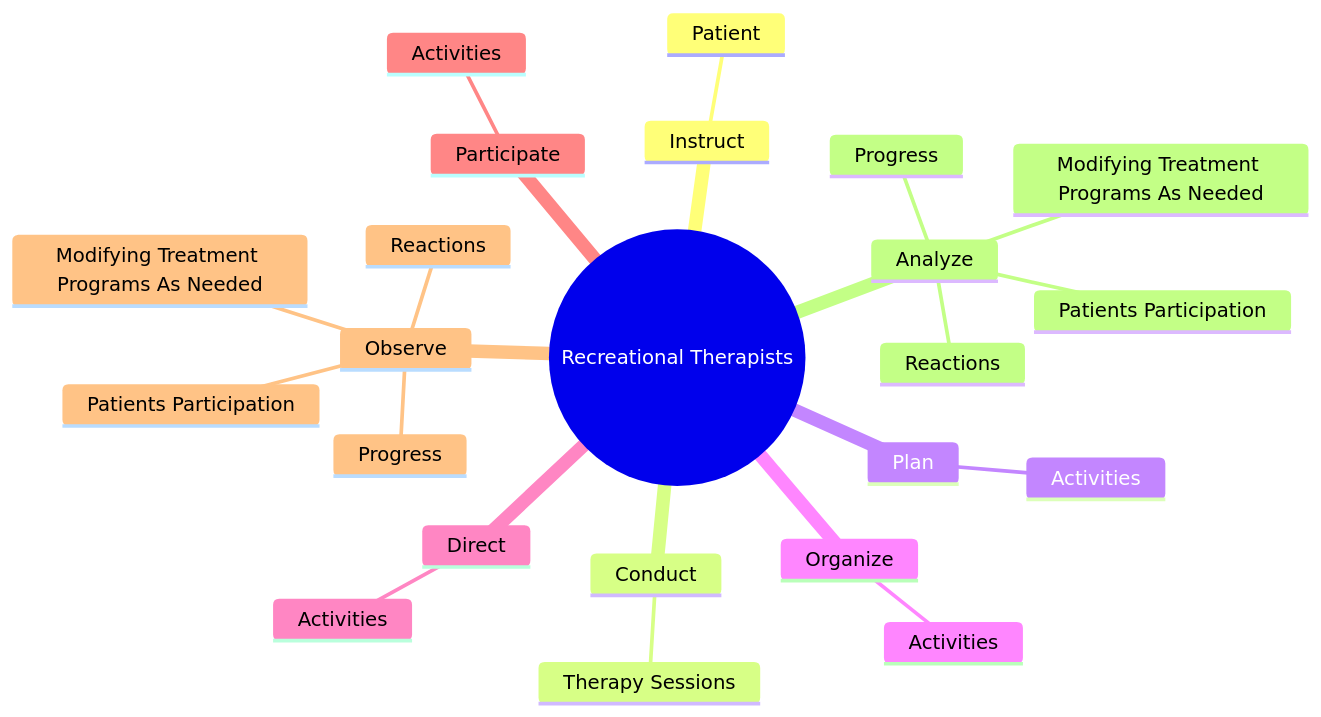
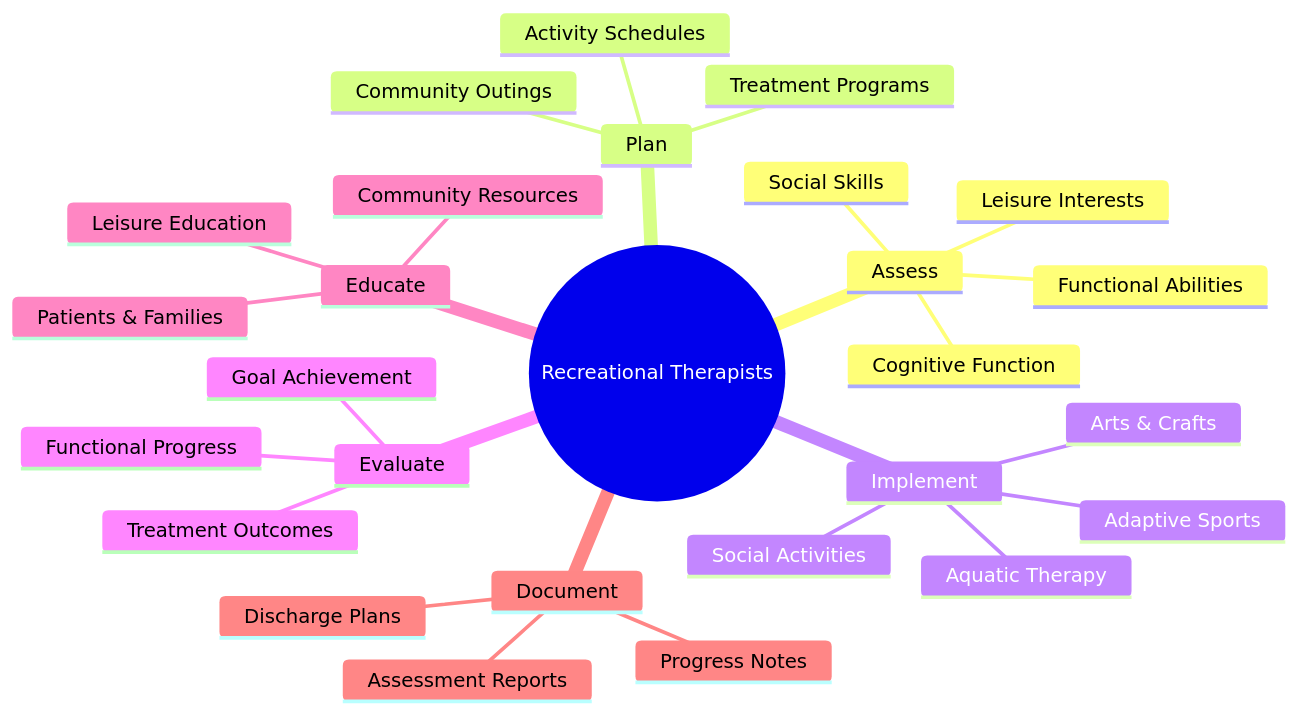
One commit to kziemski/business.org.ai changed the second of 4 diagrams in occupations/HealthcarePractitioners/RecreationalTherapists.mdx. Above: the diagram before and after it, drawn with Mermaid. The commit also changed other lines of this file and 938 other files, not shown here.

````diff
--- a/occupations/HealthcarePractitioners/RecreationalTherapists.mdx
+++ b/occupations/HealthcarePractitioners/RecreationalTherapists.mdx
@@ -37,26 +45,30 @@
 ```mermaid
 mindmap
     root(("Recreational Therapists"))
-        Instruct
-            Patient
-        Conduct
-            Therapy Sessions
+        Assess
+            Functional Abilities
+            Leisure Interests
+            Social Skills
+            Cognitive Function
         Plan
-            Activities
-        Organize
-            Activities
-        Direct
-            Activities
-        Participate
-            Activities
-        Observe
-            Patients Participation
-            Reactions
-            Progress
-            Modifying Treatment Programs As Needed
-        Analyze
-            Patients Participation
-            Reactions
-            Progress
-            Modifying Treatment Programs As Needed
+            Treatment Programs
+            Activity Schedules
+            Community Outings
+        Implement
+            Adaptive Sports
+            Arts & Crafts
+            Social Activities
+            Aquatic Therapy
+        Evaluate
+            Treatment Outcomes
+            Functional Progress
+            Goal Achievement
+        Educate
+            Patients & Families
+            Leisure Education
+            Community Resources
+        Document
+            Assessment Reports
+            Progress Notes
+            Discharge Plans
 ```
````
